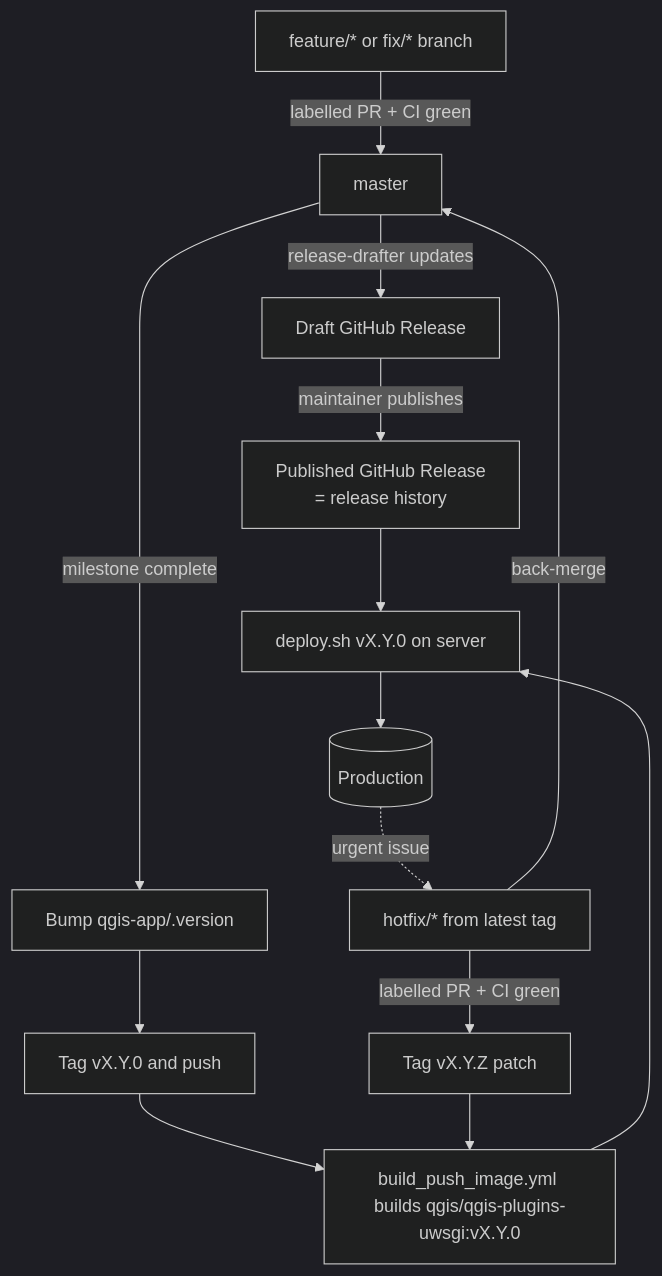
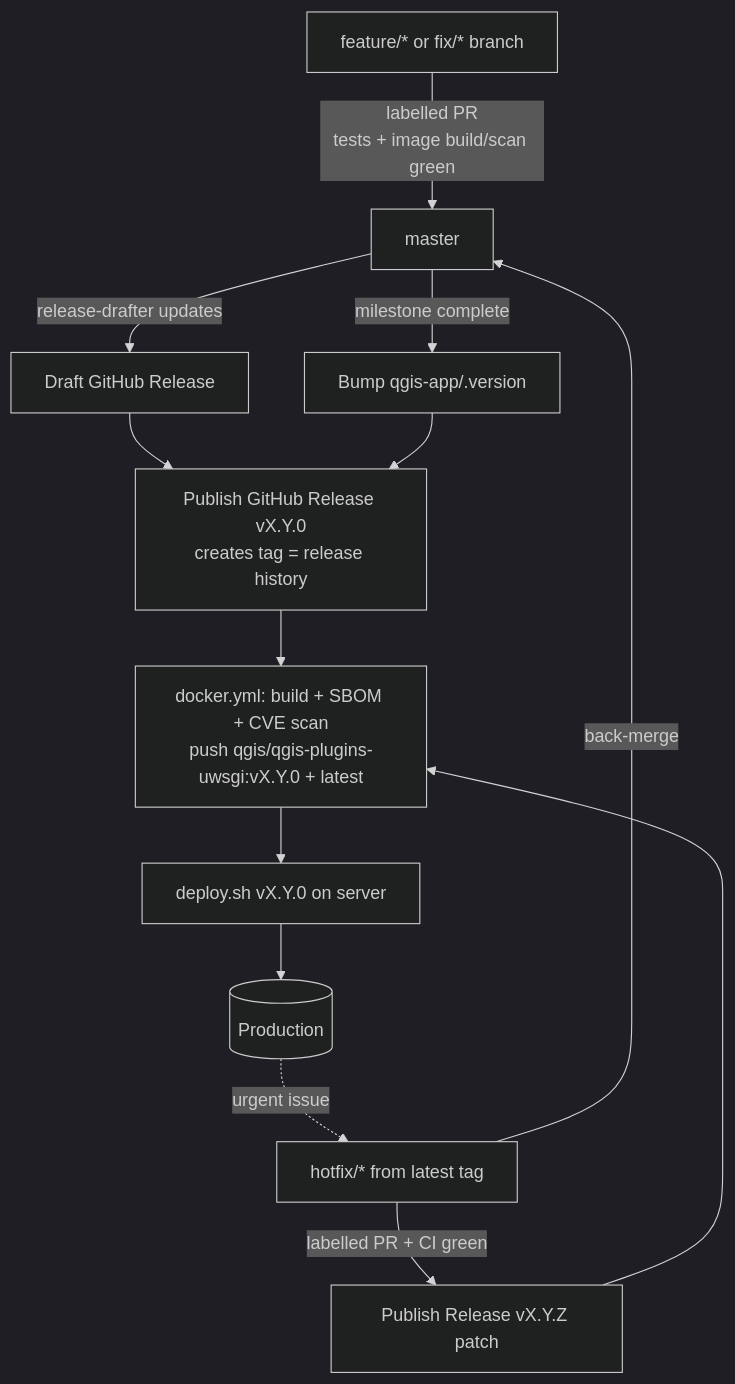
Before and after one commit to qgis/QGIS-Plugins-Website: the second of 2 diagrams in docs/RELEASING.md, drawn with Mermaid (dark theme). The commit also changed other lines of this file and 5 other files, not shown here.

Commit message:
Bumb checkout to v6 and get some good practices from https://github.com/kartoza/qgis-desktop-docker

````diff
--- a/docs/RELEASING.md
+++ b/docs/RELEASING.md
@@ -94,17 +94,16 @@
 ```mermaid
 flowchart TD
-    A[feature/* or fix/* branch] -->|labelled PR + CI green| B[master]
+    A[feature/* or fix/* branch] -->|labelled PR<br/>tests + image build/scan green| B[master]
     B -->|release-drafter updates| C[Draft GitHub Release]
     B -->|milestone complete| D[Bump qgis-app/.version]
-    D --> E[Tag vX.Y.0 and push]
-    E --> F[build_push_image.yml builds qgis/qgis-plugins-uwsgi:vX.Y.0]
-    C -->|maintainer publishes| G[Published GitHub Release<br/>= release history]
+    C --> P[Publish GitHub Release vX.Y.0<br/>creates tag = release history]
+    D --> P
+    P --> F[docker.yml: build + SBOM + CVE scan<br/>push qgis/qgis-plugins-uwsgi:vX.Y.0 + latest]
     F --> H[deploy.sh vX.Y.0 on server]
-    G --> H
     H --> I[(Production)]
 
     I -. urgent issue .-> J[hotfix/* from latest tag]
-    J -->|labelled PR + CI green| K[Tag vX.Y.Z patch]
+    J -->|labelled PR + CI green| K[Publish Release vX.Y.Z patch]
     K --> F
     J -->|back-merge| B
 ```
````
